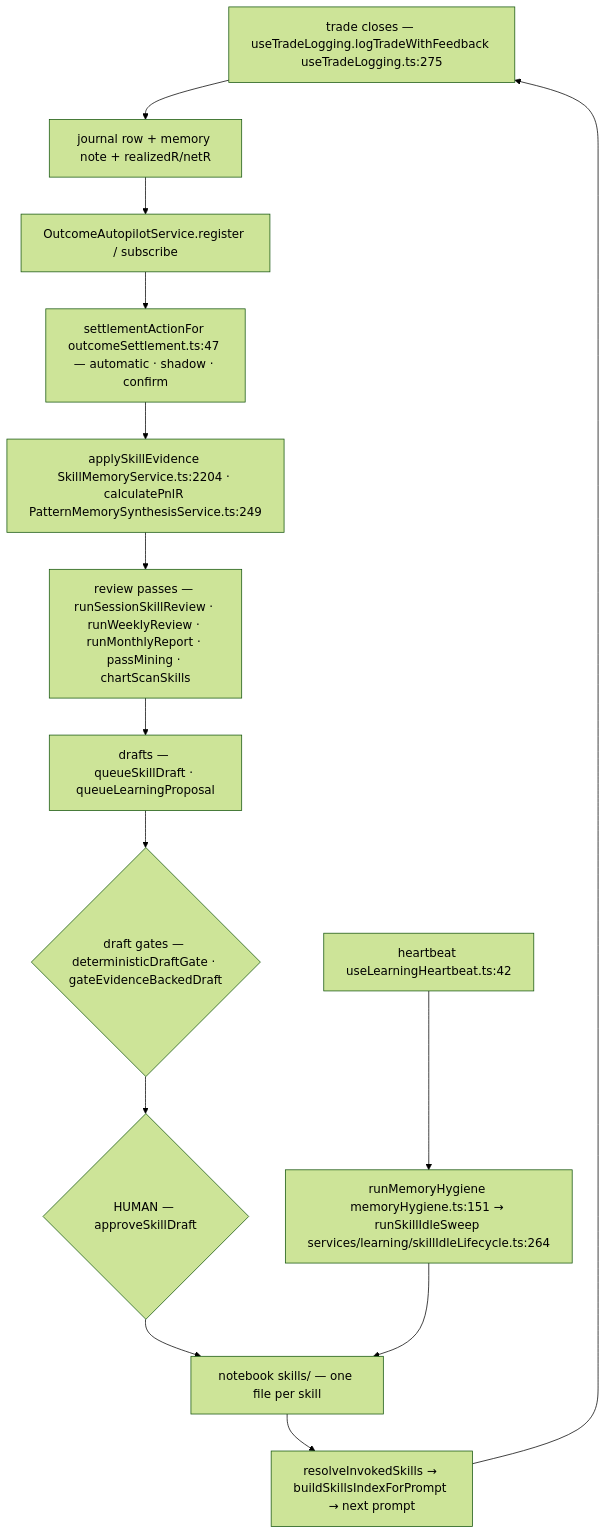
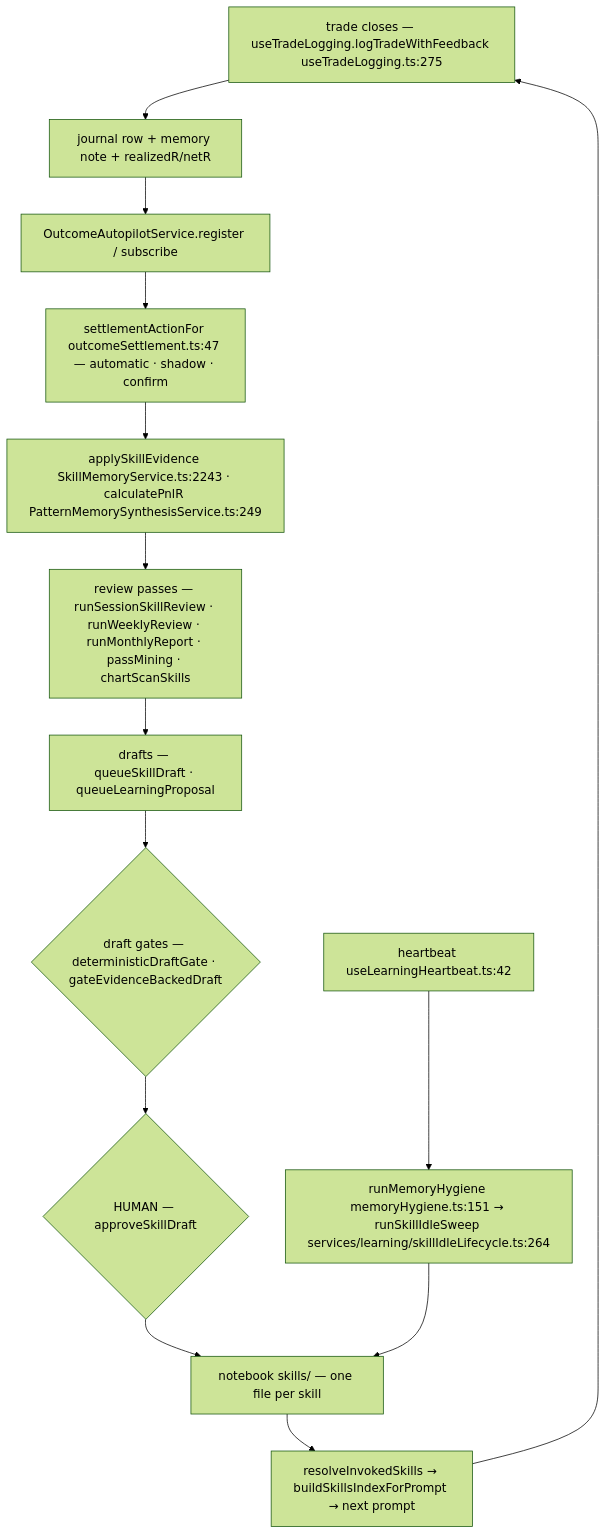
Before and after one commit to Acepay25/august-3.5: the eighth of 8 diagrams in docs/app-flow.md, drawn with Mermaid (forest theme). The commit also changed other lines of this file and 22 other files, not shown here.

````diff
--- a/docs/app-flow.md
+++ b/docs/app-flow.md
@@ -739,16 +739,16 @@
 ```mermaid
 flowchart TD
     T["trade closes — useTradeLogging.logTradeWithFeedback useTradeLogging.ts:275"] --> J["journal row + memory note + realizedR/netR"]
     J --> A["OutcomeAutopilotService.register / subscribe"]
     A --> S["settlementActionFor outcomeSettlement.ts:47 — automatic · shadow · confirm"]
-    S --> E["applySkillEvidence SkillMemoryService.ts:2204 · calculatePnlR PatternMemorySynthesisService.ts:249"]
+    S --> E["applySkillEvidence SkillMemoryService.ts:2243 · calculatePnlR PatternMemorySynthesisService.ts:249"]
     E --> R["review passes — runSessionSkillReview · runWeeklyReview · runMonthlyReport · passMining · chartScanSkills"]
     R --> D["drafts — queueSkillDraft · queueLearningProposal"]
     D --> G{"draft gates — deterministicDraftGate · gateEvidenceBackedDraft"}
     G --> H{"HUMAN — approveSkillDraft"}
     H --> N["notebook skills/ — one file per skill"]
     N --> I["resolveInvokedSkills → buildSkillsIndexForPrompt → next prompt"]
     I --> T
     X["heartbeat useLearningHeartbeat.ts:42"] --> Y["runMemoryHygiene memoryHygiene.ts:151 → runSkillIdleSweep services/learning/skillIdleLifecycle.ts:264"]
     Y --> N
 ```
````
